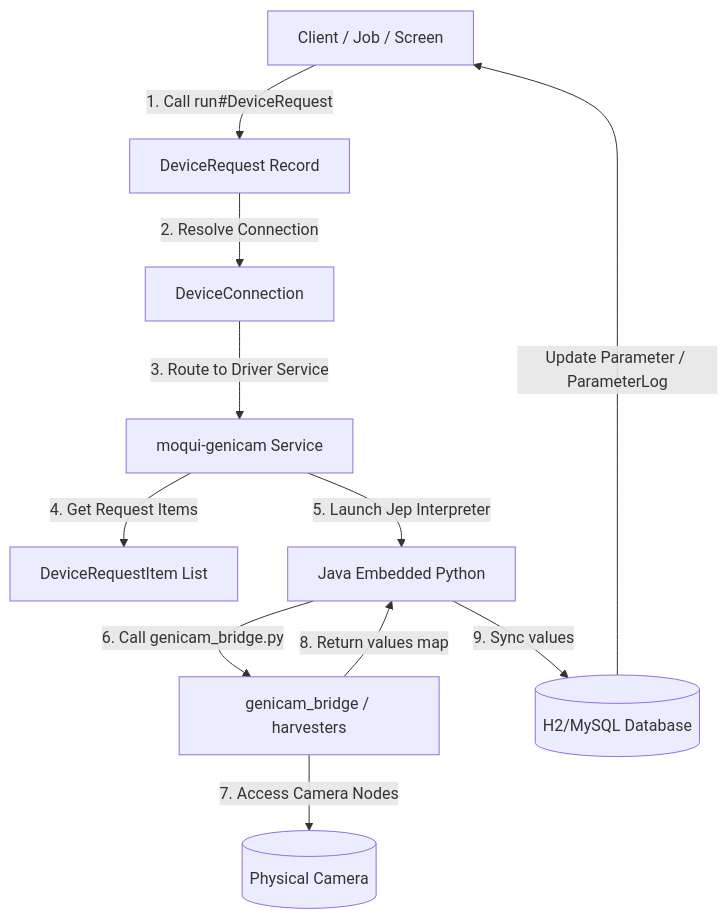
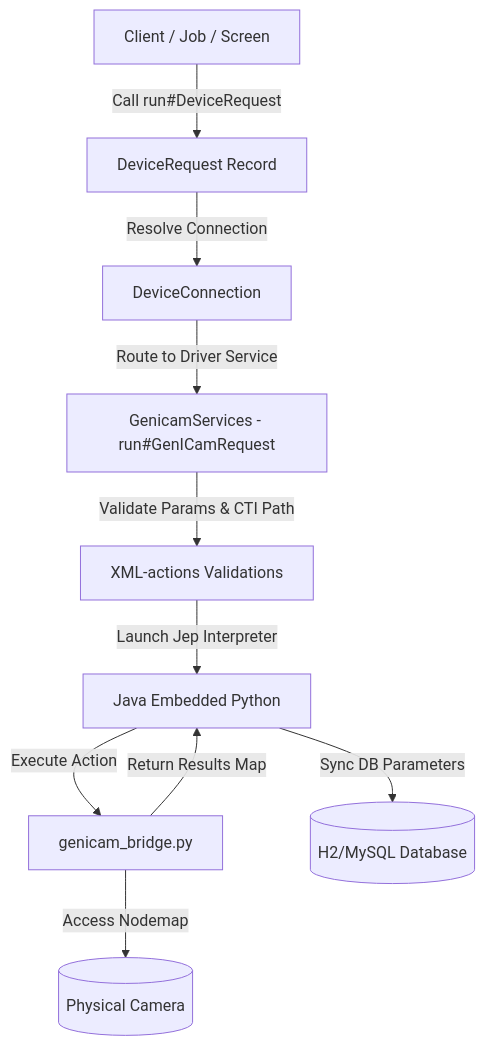
One commit to moqui-industrial/moqui-genicam changed the second of 2 diagrams in README.md. Above: the diagram before and after it, drawn with Mermaid. The commit also changed other lines of this file and 4 other files, not shown here.

Commit message:
Refactor services to use declarative XML-actions, implement mock fallback for tests, and update README

````diff
--- a/README.md
+++ b/README.md
@@ -67,13 +63,12 @@
 ```mermaid
 flowchart TD
-    Client[Client / Job / Screen] -->|1. Call run#DeviceRequest| Request[DeviceRequest Record]
-    Request -->|2. Resolve Connection| Conn[DeviceConnection]
-    Conn -->|3. Route to Driver Service| Service[moqui-genicam Service]
-    Service -->|4. Get Request Items| Items[DeviceRequestItem List]
-    Service -->|5. Launch Jep Interpreter| Jep[Java Embedded Python]
-    Jep -->|6. Call genicam_bridge.py| Python[genicam_bridge / harvesters]
-    Python -->|7. Access Camera Nodes| Camera[(Physical Camera)]
-    Python -->|8. Return values map| Jep
-    Jep -->|9. Sync values| DB[(H2/MySQL Database)]
-    DB -->|Update Parameter / ParameterLog| Client
+    Client[Client / Job / Screen] -->|Call run#DeviceRequest| Request[DeviceRequest Record]
+    Request -->|Resolve Connection| Conn[DeviceConnection]
+    Conn -->|Route to Driver Service| Service[GenicamServices - run#GenICamRequest]
+    Service -->|Validate Params & CTI Path| XML[XML-actions Validations]
+    XML -->|Launch Jep Interpreter| Jep[Java Embedded Python]
+    Jep -->|Execute Action| Python[genicam_bridge.py]
+    Python -->|Access Nodemap| Camera[(Physical Camera)]
+    Python -->|Return Results Map| Jep
+    Jep -->|Sync DB Parameters| DB[(H2/MySQL Database)]
 ```
````
